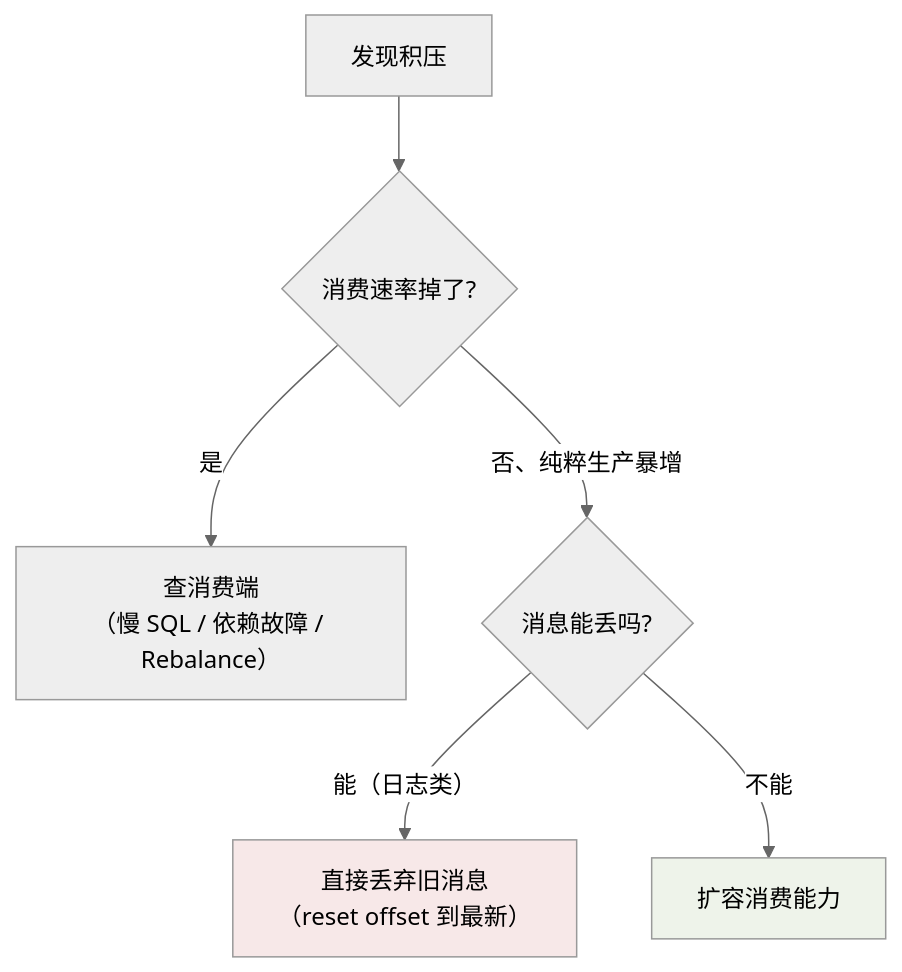
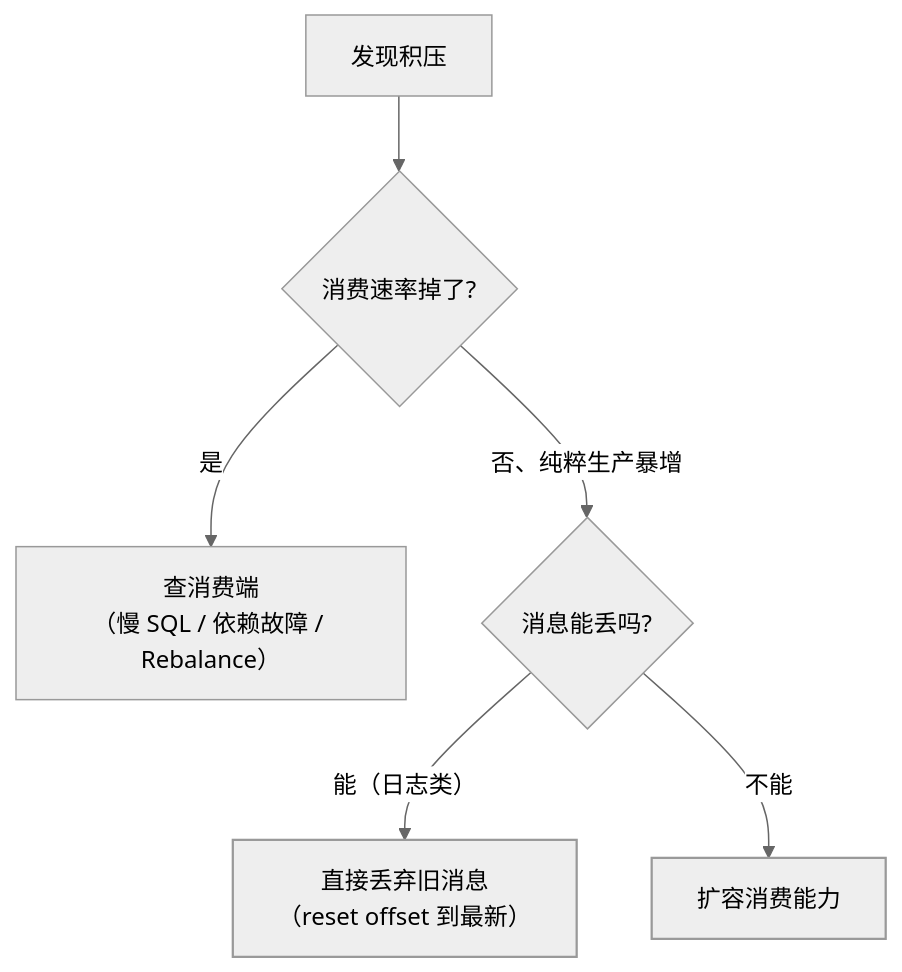
Before and after one commit to Loadhao/ascension: the first of 2 diagrams in src/content/docs/rocketmq/advanced/core/03-backlog.md, drawn with Mermaid (neutral theme). The commit also changed other lines of this file and 87 other files, not shown here.

First line of the commit message:
fix: 全站图表配色改由主题接管，修复暗色主题下浅底浅字看不清

````diff
--- a/src/content/docs/rocketmq/advanced/core/03-backlog.md
+++ b/src/content/docs/rocketmq/advanced/core/03-backlog.md
@@ -25,11 +25,13 @@
 ```mermaid
 flowchart TB
     A["发现积压"] --> B{"消费速率掉了?"}
     B -->|是| C["查消费端<br/>（慢 SQL / 依赖故障 / Rebalance）"]
     B -->|否、纯粹生产暴增| D{"消息能丢吗?"}
     D -->|能（日志类）| E["直接丢弃旧消息<br/>（reset offset 到最新）"]
     D -->|不能| F["扩容消费能力"]
 
-    style E fill:#f7e8e8
-    style F fill:#eef3ea
+    class E bad
+    class F good
+    classDef bad stroke-width:1.5px
+    classDef good stroke-width:1.5px
 ```
````
